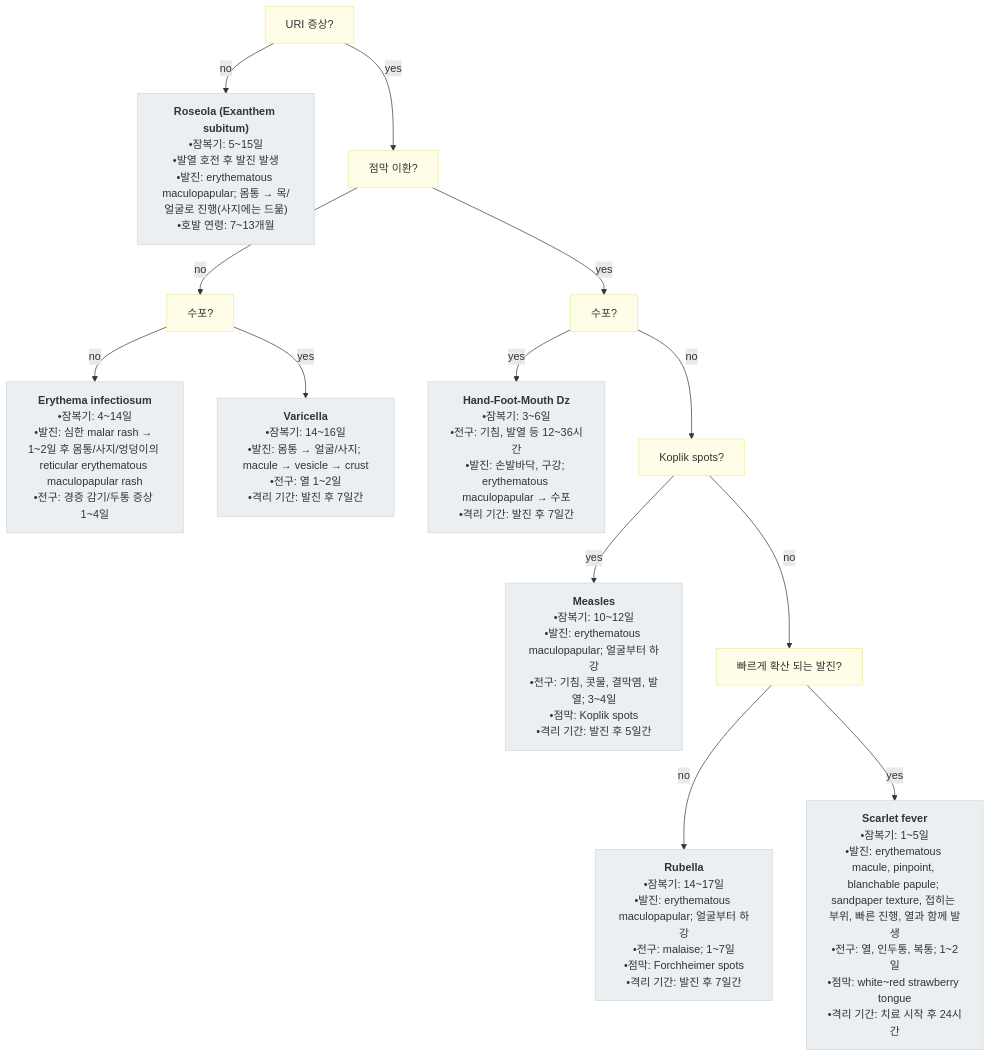
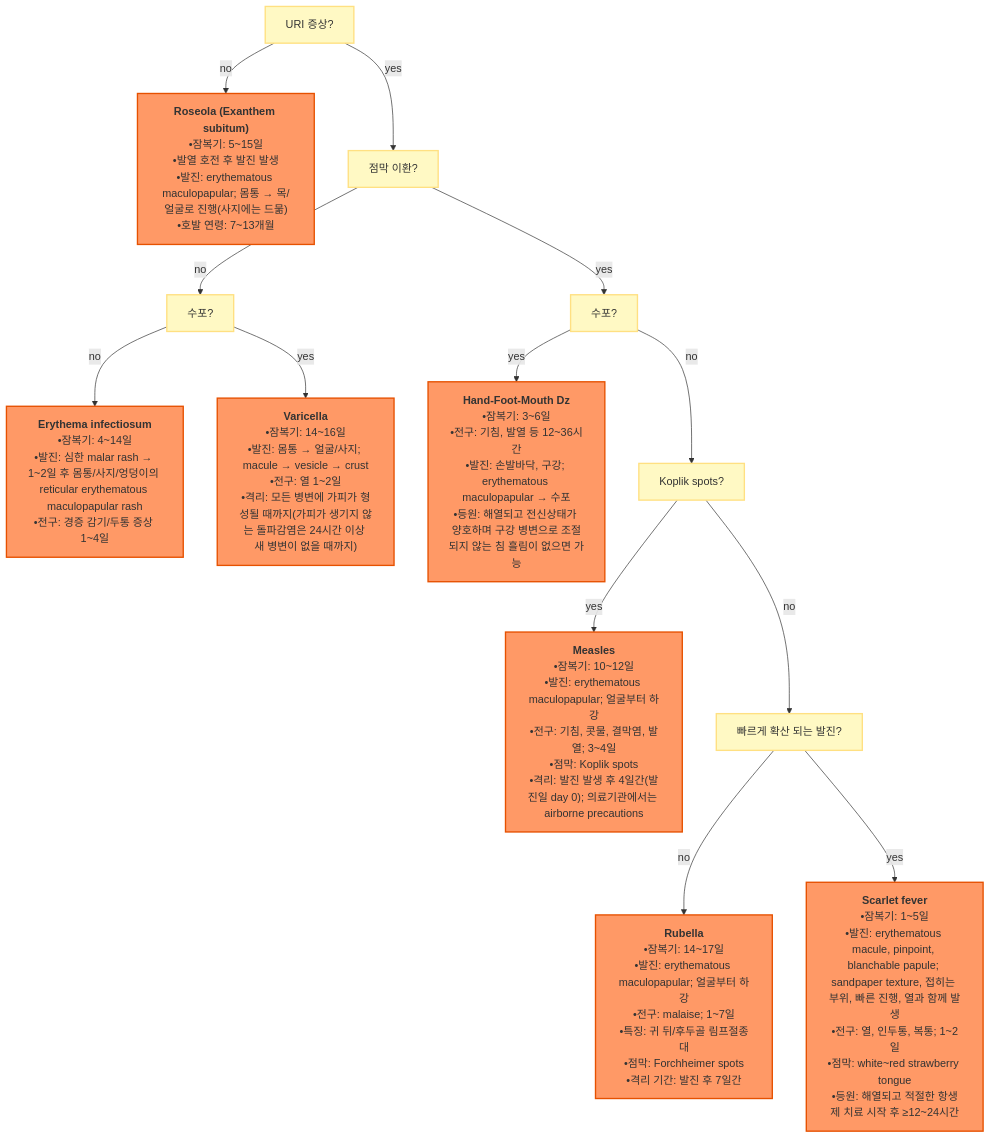
Before and after one commit to familyoh77/familyoh77: the diagram in 229_/155_-rash.md, drawn with Mermaid. The commit also changed other lines of this file and 1 other file, not shown here.

````diff
--- a/229_/155_-rash.md
+++ b/229_/155_-rash.md
@@ -36,42 +81,31 @@
 ```mermaid
 flowchart TD
     Q1["URI 증상?"]
 
     %% URI 증상 = no
     Q1 -- "no" --> Roseola["<b>Roseola (Exanthem subitum)</b><br>•잠복기: 5~15일<br>•발열 호전 후 발진 발생<br>•발진: erythematous maculopapular; 몸통 → 목/얼굴로 진행(사지에는 드묾)<br>•호발 연령: 7~13개월"]
 
     %% URI 증상 = yes
     Q1 -- "yes" --> Q2["점막 이환?"]
 
     %% 점막 이환 = no
     Q2 -- "no" --> Q3_1["수포?"]
     Q3_1 -- "no" --> Erythema["<b>Erythema infectiosum</b><br>•잠복기: 4~14일<br>•발진: 심한 malar rash → 1~2일 후 몸통/사지/엉덩이의 reticular erythematous maculopapular rash<br>•전구: 경증 감기/두통 증상 1~4일"]
-    Q3_1 -- "yes" --> Varicella["<b>Varicella</b><br>•잠복기: 14~16일<br>•발진: 몸통 → 얼굴/사지; macule → vesicle → crust<br>•전구: 열 1~2일<br>•격리 기간: 발진 후 7일간"]
+    Q3_1 -- "yes" --> Varicella["<b>Varicella</b><br>•잠복기: 14~16일<br>•발진: 몸통 → 얼굴/사지; macule → vesicle → crust<br>•전구: 열 1~2일<br>•격리: 모든 병변에 가피가 형성될 때까지(가피가 생기지 않는 돌파감염은 24시간 이상 새 병변이 없을 때까지)"]
 
     %% 점막 이환 = yes
     Q2 -- "yes" --> Q3_2["수포?"]
-    Q3_2 -- "yes" --> HFMD["<b>Hand-Foot-Mouth Dz</b><br>•잠복기: 3~6일<br>•전구: 기침, 발열 등 12~36시간<br>•발진: 손발바닥, 구강; erythematous maculopapular → 수포<br>•격리 기간: 발진 후 7일간"]
-    
+    Q3_2 -- "yes" --> HFMD["<b>Hand-Foot-Mouth Dz</b><br>•잠복기: 3~6일<br>•전구: 기침, 발열 등 12~36시간<br>•발진: 손발바닥, 구강; erythematous maculopapular → 수포<br>•등원: 해열되고 전신상태가 양호하며 구강 병변으로 조절되지 않는 침 흘림이 없으면 가능"]
+
     Q3_2 -- "no" --> Q4["Koplik spots?"]
-    Q4 -- "yes" --> Measles["<b>Measles</b><br>•잠복기: 10~12일<br>•발진: erythematous maculopapular; 얼굴부터 하강<br>•전구: 기침, 콧물, 결막염, 발열; 3~4일<br>•점막: Koplik spots<br>•격리 기간: 발진 후 5일간"]
-    
+    Q4 -- "yes" --> Measles["<b>Measles</b><br>•잠복기: 10~12일<br>•발진: erythematous maculopapular; 얼굴부터 하강<br>•전구: 기침, 콧물, 결막염, 발열; 3~4일<br>•점막: Koplik spots<br>•격리: 발진 발생 후 4일간(발진일 day 0); 의료기관에서는 airborne precautions"]
+
     Q4 -- "no" --> Q5["빠르게 확산 되는 발진?"]
-    Q5 -- "no" --> Rubella["<b>Rubella</b><br>•잠복기: 14~17일<br>•발진: erythematous maculopapular; 얼굴부터 하강<br>•전구: malaise; 1~7일<br>•점막: Forchheimer spots<br>•격리 기간: 발진 후 7일간"]
-    Q5 -- "yes" --> Scarlet["<b>Scarlet fever</b><br>•잠복기: 1~5일<br>•발진: erythematous macule, pinpoint, blanchable papule; sandpaper texture, 접히는 부위, 빠른 진행, 열과 함께 발생<br>•전구: 열, 인두통, 복통; 1~2일<br>•점막: white~red strawberry tongue<br>•격리 기간: 치료 시작 후 24시간"]
+    Q5 -- "no" --> Rubella["<b>Rubella</b><br>•잠복기: 14~17일<br>•발진: erythematous maculopapular; 얼굴부터 하강<br>•전구: malaise; 1~7일<br>•특징: 귀 뒤/후두골 림프절종대<br>•점막: Forchheimer spots<br>•격리 기간: 발진 후 7일간"]
+    Q5 -- "yes" --> Scarlet["<b>Scarlet fever</b><br>•잠복기: 1~5일<br>•발진: erythematous macule, pinpoint, blanchable papule; sandpaper texture, 접히는 부위, 빠른 진행, 열과 함께 발생<br>•전구: 열, 인두통, 복통; 1~2일<br>•점막: white~red strawberry tongue<br>•등원: 해열되고 적절한 항생제 치료 시작 후 ≥12~24시간"]
 
-    %% 노드 스타일 (원본 이미지 색상 반영)
-    style Q1 fill:#FFFDE7,stroke:#E6EE9C,stroke-width:1px
-    style Q2 fill:#FFFDE7,stroke:#E6EE9C,stroke-width:1px
-    style Q3_1 fill:#FFFDE7,stroke:#E6EE9C,stroke-width:1px
-    style Q3_2 fill:#FFFDE7,stroke:#E6EE9C,stroke-width:1px
-    style Q4 fill:#FFFDE7,stroke:#E6EE9C,stroke-width:1px
-    style Q5 fill:#FFFDE7,stroke:#E6EE9C,stroke-width:1px
-
-    style Roseola fill:#ECEFF1,stroke:#CFD8DC,stroke-width:1px
-    style Erythema fill:#ECEFF1,stroke:#CFD8DC,stroke-width:1px
-    style Varicella fill:#ECEFF1,stroke:#CFD8DC,stroke-width:1px
-    style HFMD fill:#ECEFF1,stroke:#CFD8DC,stroke-width:1px
-    style Measles fill:#ECEFF1,stroke:#CFD8DC,stroke-width:1px
-    style Rubella fill:#ECEFF1,stroke:#CFD8DC,stroke-width:1px
-    style Scarlet fill:#ECEFF1,stroke:#CFD8DC,stroke-width:1px
+    classDef question fill:#fff9c4,stroke:#ffe082,stroke-width:2px
+    classDef diagnosis fill:#f96,stroke:#e65100,stroke-width:2px
+    class Q1,Q2,Q3_1,Q3_2,Q4,Q5 question
+    class Roseola,Erythema,Varicella,HFMD,Measles,Rubella,Scarlet diagnosis
 ```
````
